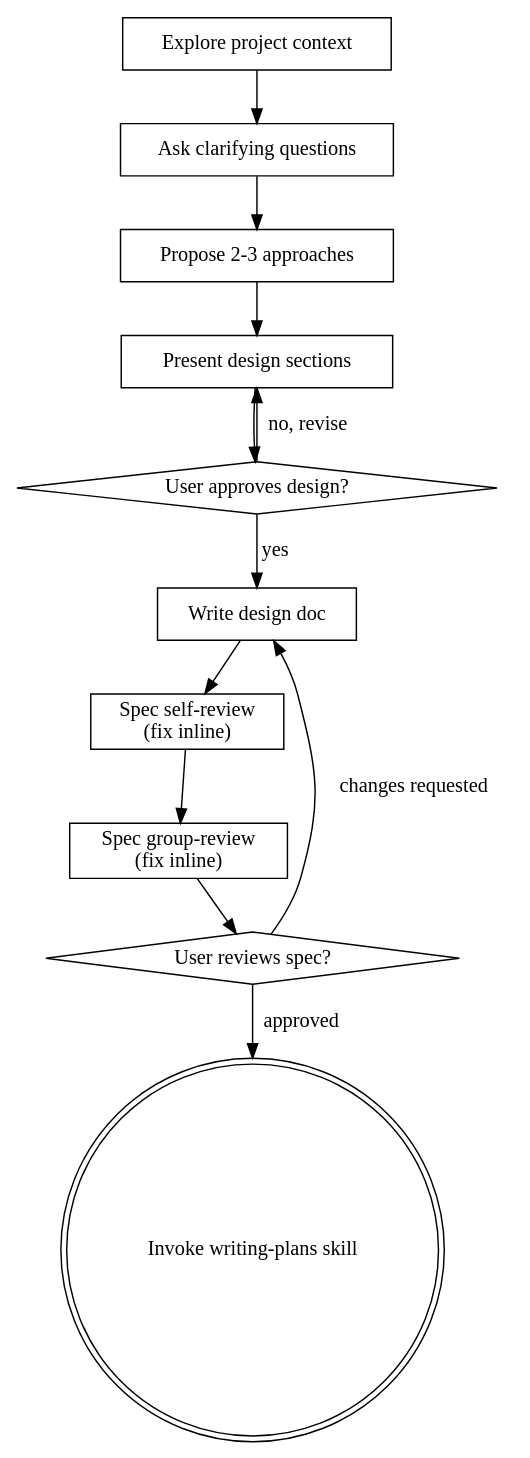
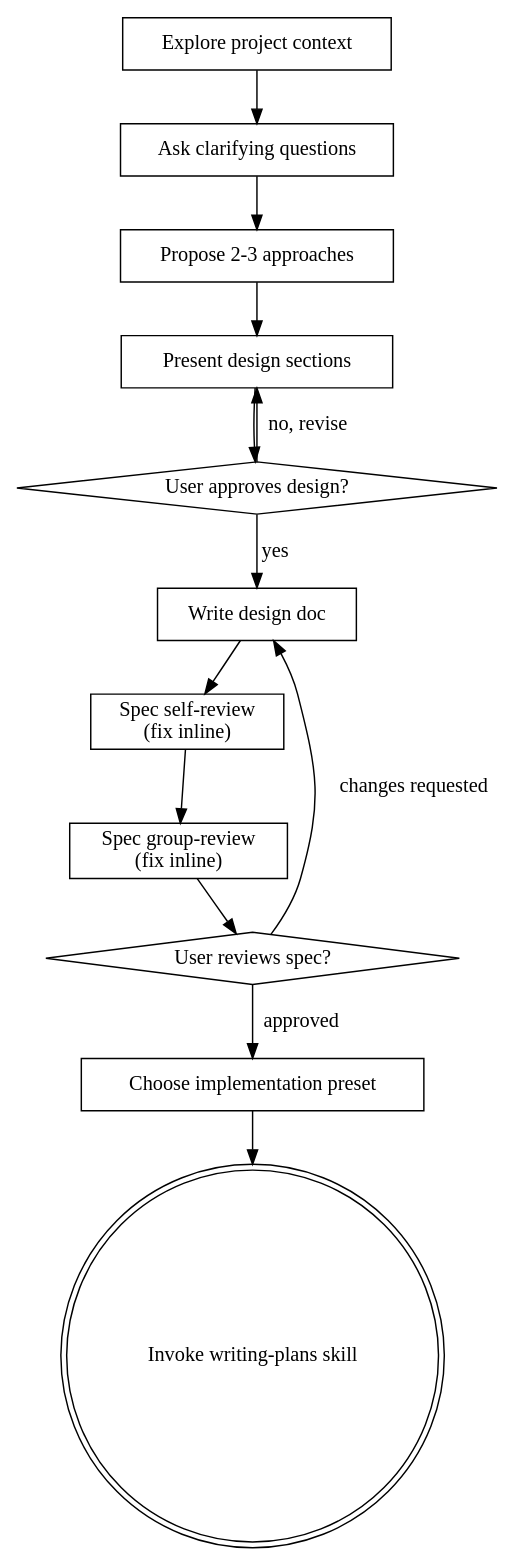
One commit to trevorwhitney/superpowers changed the diagram in skills/brainstorming/SKILL.md. Above: the diagram before and after it, drawn with Graphviz. The commit also changed other lines of this file, not shown here.

Commit message:
feat(brainstorming): add preset gate and mode lock handoff

````diff
--- a/skills/brainstorming/SKILL.md
+++ b/skills/brainstorming/SKILL.md
@@ -37,26 +41,28 @@
 ```dot
 digraph brainstorming {
     "Explore project context" [shape=box];
     "Ask clarifying questions" [shape=box];
     "Propose 2-3 approaches" [shape=box];
     "Present design sections" [shape=box];
     "User approves design?" [shape=diamond];
     "Write design doc" [shape=box];
     "Spec self-review\n(fix inline)" [shape=box];
     "Spec group-review\n(fix inline)" [shape=box];
     "User reviews spec?" [shape=diamond];
+    "Choose implementation preset" [shape=box];
     "Invoke writing-plans skill" [shape=doublecircle];
 
     "Explore project context" -> "Ask clarifying questions";
     "Ask clarifying questions" -> "Propose 2-3 approaches";
     "Propose 2-3 approaches" -> "Present design sections";
     "Present design sections" -> "User approves design?";
     "User approves design?" -> "Present design sections" [label="no, revise"];
     "User approves design?" -> "Write design doc" [label="yes"];
     "Write design doc" -> "Spec self-review\n(fix inline)";
     "Spec self-review\n(fix inline)" -> "Spec group-review\n(fix inline)";
     "Spec group-review\n(fix inline)" -> "User reviews spec?";
     "User reviews spec?" -> "Write design doc" [label="changes requested"];
-    "User reviews spec?" -> "Invoke writing-plans skill" [label="approved"];
+    "User reviews spec?" -> "Choose implementation preset" [label="approved"];
+    "Choose implementation preset" -> "Invoke writing-plans skill";
 }
 ```
````
